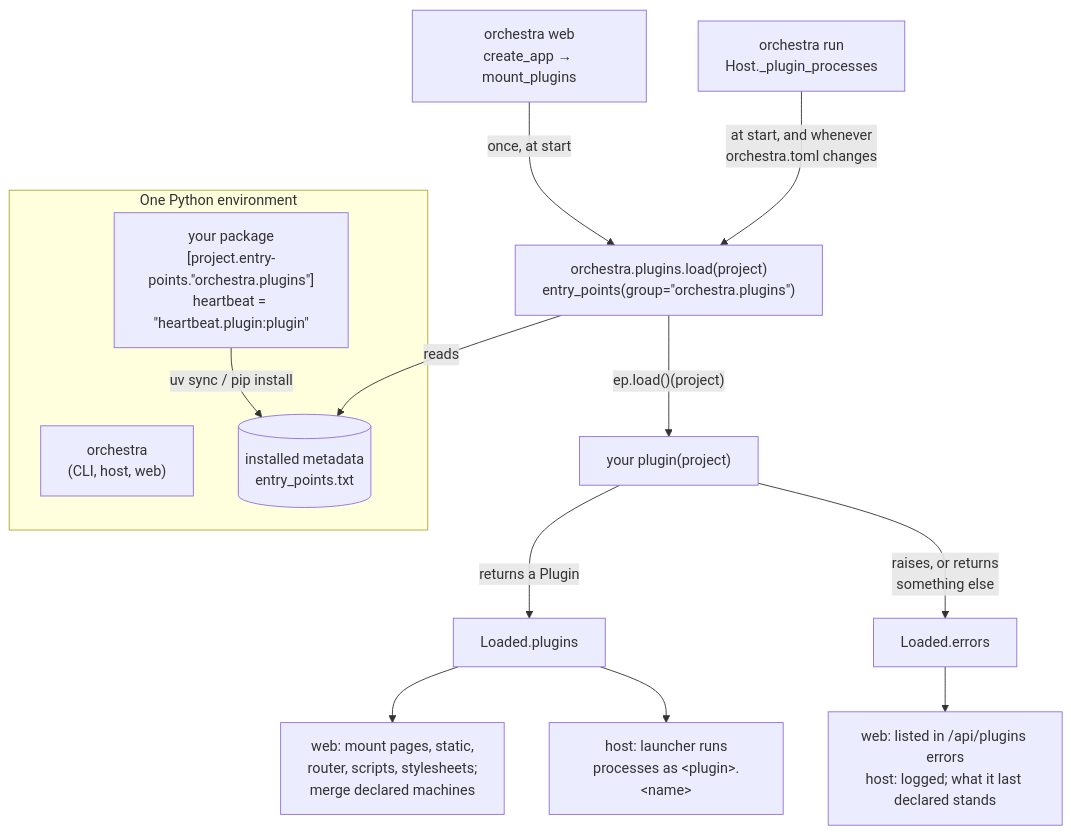
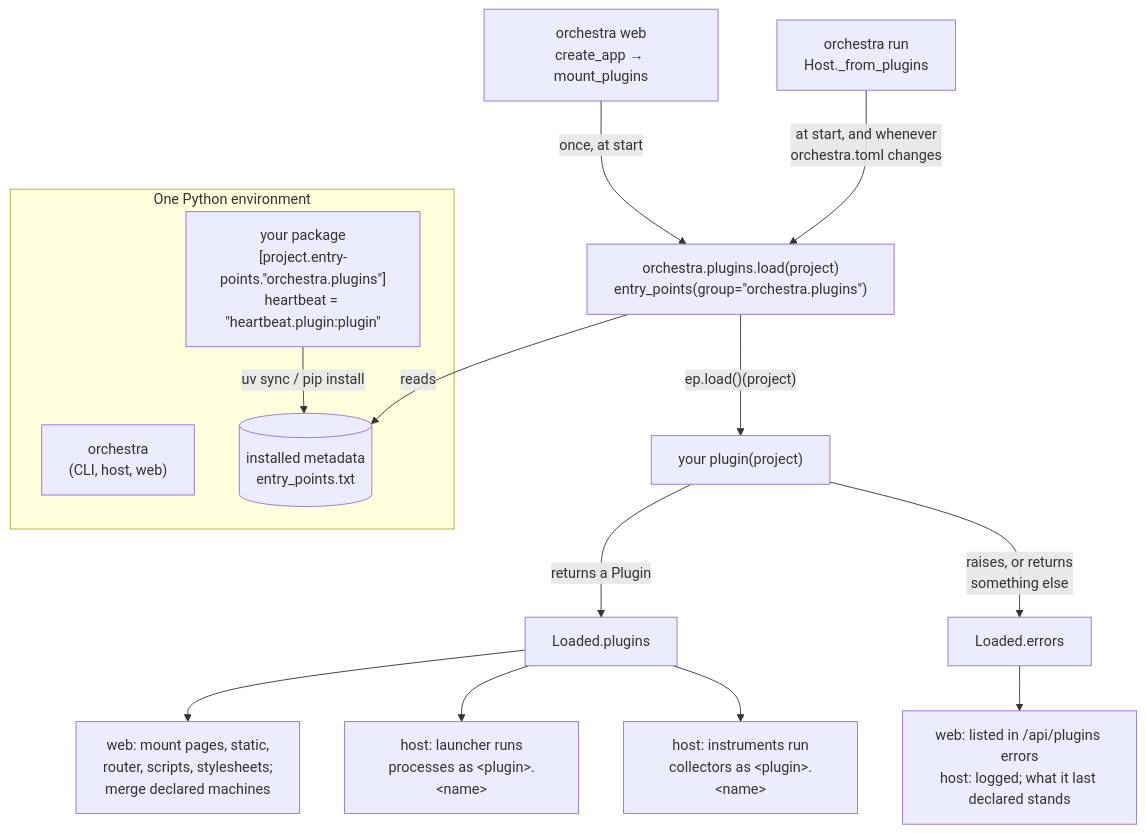
One commit to danroblewis/orchestra changed the first of 3 diagrams in PLUGINS.md. Above: the diagram before and after it, drawn with Mermaid. The commit also changed other lines of this file and 52 other files, not shown here.

First line of the commit message:
Measurements are not machines: instruments, and machines associated with flows only as hypotheses

````diff
--- a/PLUGINS.md
+++ b/PLUGINS.md
@@ -96,18 +97,19 @@
 ```mermaid
 flowchart TD
     subgraph ENV["One Python environment"]
         ORC["orchestra<br/>(CLI, host, web)"]
         PKG["your package<br/>[project.entry-points.#quot;orchestra.plugins#quot;]<br/>heartbeat = #quot;heartbeat.plugin:plugin#quot;"]
         META[("installed metadata<br/>entry_points.txt")]
         PKG -- "uv sync / pip install" --> META
     end
     WEB["orchestra web<br/>create_app → mount_plugins"] -- "once, at start" --> LOAD
-    HOST["orchestra run<br/>Host._plugin_processes"] -- "at start, and whenever<br/>orchestra.toml changes" --> LOAD
+    HOST["orchestra run<br/>Host._from_plugins"] -- "at start, and whenever<br/>orchestra.toml changes" --> LOAD
     LOAD["orchestra.plugins.load(project)<br/>entry_points(group=#quot;orchestra.plugins#quot;)"] -- reads --> META
     LOAD -- "ep.load()(project)" --> FN["your plugin(project)"]
     FN -- "returns a Plugin" --> OK["Loaded.plugins"]
     FN -- "raises, or returns<br/>something else" --> ERR["Loaded.errors"]
     OK --> MOUNT["web: mount pages, static,<br/>router, scripts, stylesheets;<br/>merge declared machines"]
     OK --> LAUNCH["host: launcher runs<br/>processes as #lt;plugin#gt;.#lt;name#gt;"]
+    OK --> COLL["host: instruments run<br/>collectors as #lt;plugin#gt;.#lt;name#gt;"]
     ERR --> REP["web: listed in /api/plugins errors<br/>host: logged; what it last declared stands"]
 ```
````
